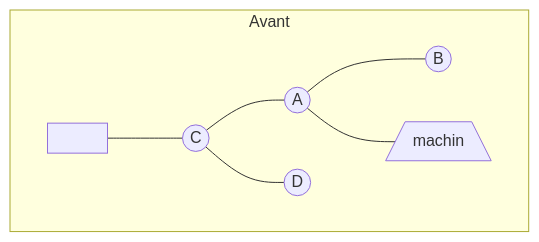
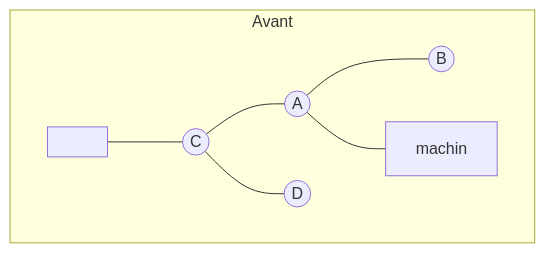
The diagram in cours/test.md (Kechidi/TP1), drawn with Mermaid before and after one commit.

````diff
--- a/cours/test.md
+++ b/cours/test.md
@@ -1,7 +1,7 @@
 ```mermaid
 flowchart TD
   subgraph 0[Avant]
     R1[" "] --- C1((C)) --- A1((A)) & D1((D))
-    A1 --- B1(("B")) & truc[/machin\]
+    A1 --- B1(("B")) & truc[machin]
   end
 ```
````
